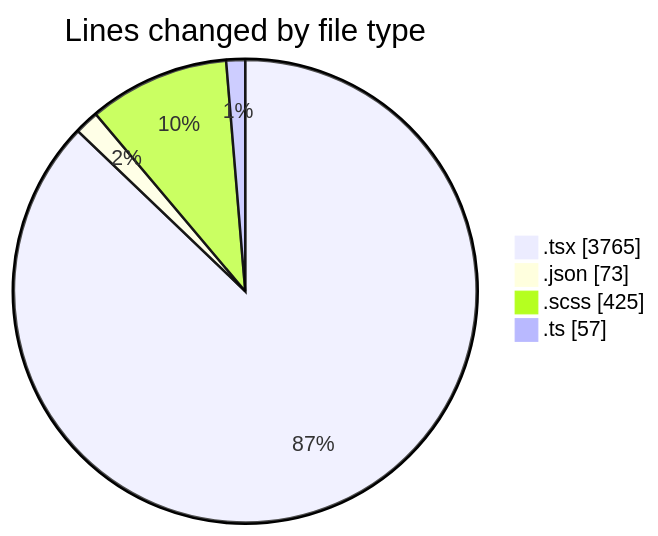
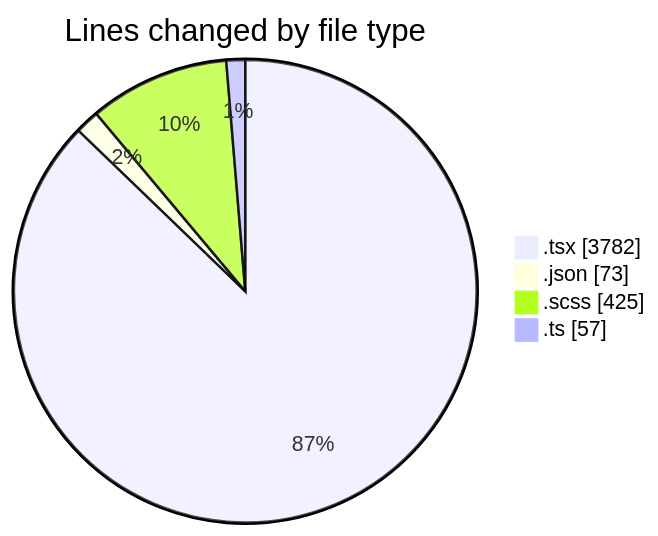
Before and after one commit to momahboobian/code-tracking: the first of 2 diagrams in 2025-10-02/cda/README.md, drawn with Mermaid. The commit also changed other lines of this file and 1 other file, not shown here.

````diff
--- a/2025-10-02/cda/README.md
+++ b/2025-10-02/cda/README.md
@@ -29,8 +29,8 @@
 ```mermaid
 pie showData
 title Lines changed by file type
-".tsx" : 3765
+".tsx" : 3782
 ".json" : 73
 ".scss" : 425
 ".ts" : 57
 ```
````
